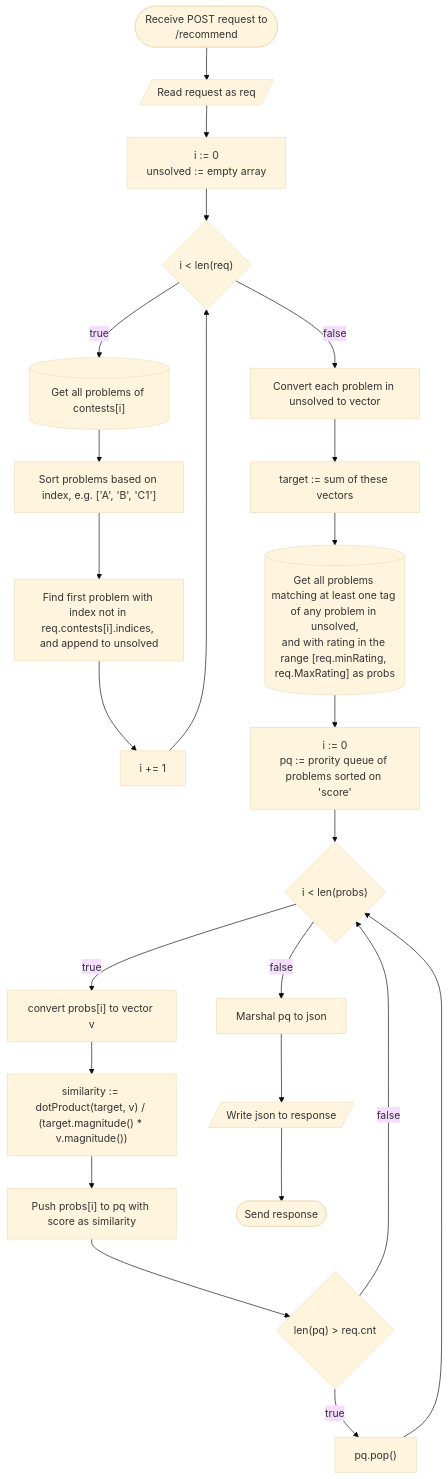
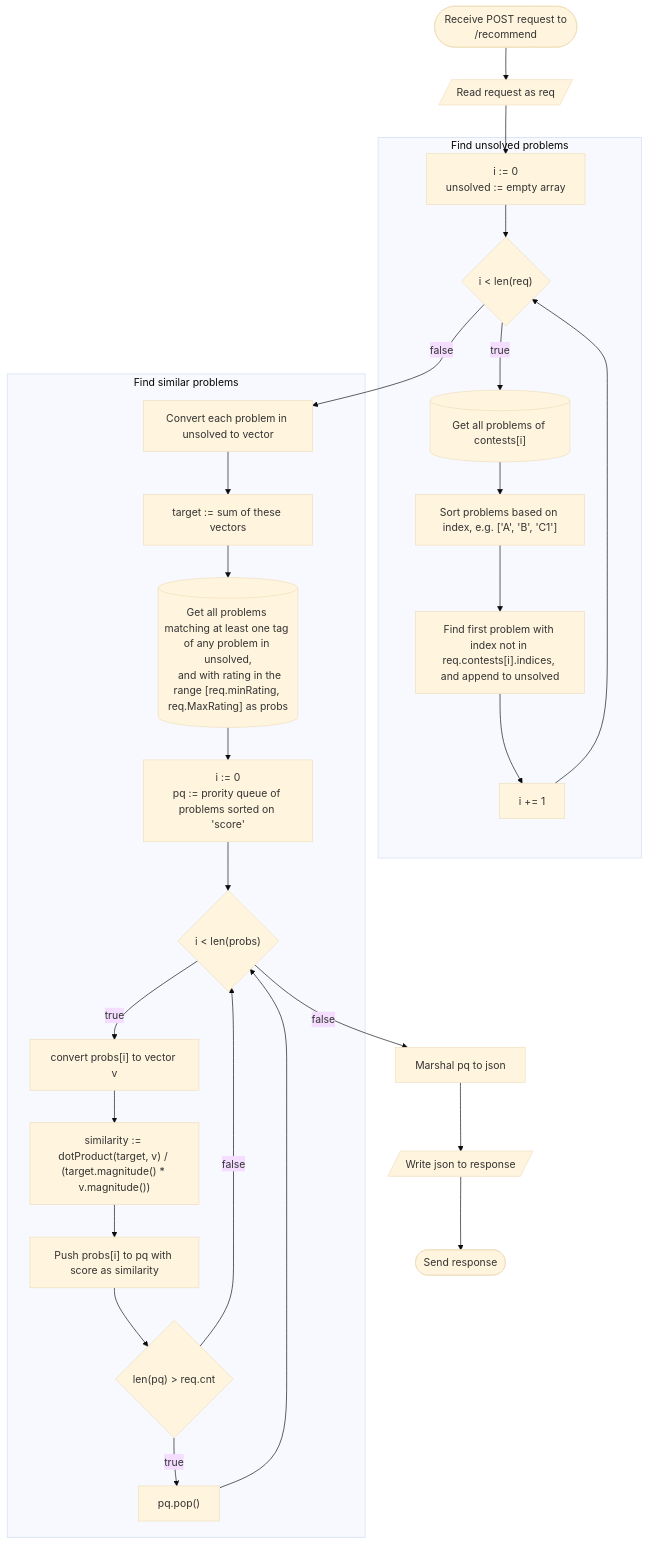
Before and after one commit to Yuqzii/codeforces-insights: the diagram in docs/recommend.md, drawn with Mermaid (base theme).

Commit message:
docs: organize recommend flowchart into subgraphs

````diff
--- a/docs/recommend.md
+++ b/docs/recommend.md
@@ -2,26 +2,31 @@
 ```mermaid
 flowchart TD
   A([Receive POST request to<br>/recommend])
   A --> B[/Read request as req/]
-  B --> C[i := 0<br>unsolved := empty array]
-  C --> D{"i < len(req)"}
-  D -- true --> E[("Get all problems of contests[i]")]
-  E --> F["Sort problems based on index, e.g. ['A', 'B', 'C1']"]
-  F --> G["Find first problem with index not in req.contests[i].indices, and append to unsolved"]
-  G --> H[i += 1] --> D
-  D -- false --> I[Convert each problem in unsolved to vector]
-  I --> J[target := sum of these vectors]
-  J --> K[("Get all problems matching at least one tag of any problem in unsolved,
-and with rating in the range [req.minRating, req.MaxRating] as probs")]
-  K --> L[i := 0<br>pq := prority queue of problems sorted on 'score']
-  L --> M{"i < len(probs)"}
-  M -- true --> N["convert probs[i] to vector v"]
-  N --> O["similarity := dotProduct(target, v) / (target.magnitude() * v.magnitude())"]
-  O --> P["Push probs[i] to pq with score as similarity"]
-  P --> Q{"len(pq) > req.cnt"}
-  Q -- true --> R["pq.pop()"] --> M
-  Q -- false --> M
+  B --> C
+  subgraph Find unsolved problems
+    C[i := 0<br>unsolved := empty array]
+    C --> D{"i < len(req)"}
+    D -- true --> E[("Get all problems of contests[i]")]
+    E --> F["Sort problems based on index, e.g. ['A', 'B', 'C1']"]
+    F --> G["Find first problem with index not in req.contests[i].indices, and append to unsolved"]
+    G --> H[i += 1] --> D
+  end
+  subgraph Find similar problems
+    D -- false --> I[Convert each problem in unsolved to vector]
+    I --> J[target := sum of these vectors]
+    J --> K[("Get all problems matching at least one tag of any problem in unsolved,
+  and with rating in the range [req.minRating, req.MaxRating] as probs")]
+    K --> L[i := 0<br>pq := prority queue of problems sorted on 'score']
+    L --> M{"i < len(probs)"}
+    M -- true --> N["convert probs[i] to vector v"]
+    N --> O["similarity := dotProduct(target, v) / (target.magnitude() * v.magnitude())"]
+    O --> P["Push probs[i] to pq with score as similarity"]
+    P --> Q{"len(pq) > req.cnt"}
+    Q -- true --> R["pq.pop()"] --> M
+    Q -- false --> M
+  end
   M -- false --> S[Marshal pq to json]
   S --> T[/Write json to response/]
   T --> U([Send response])
 ```
````
